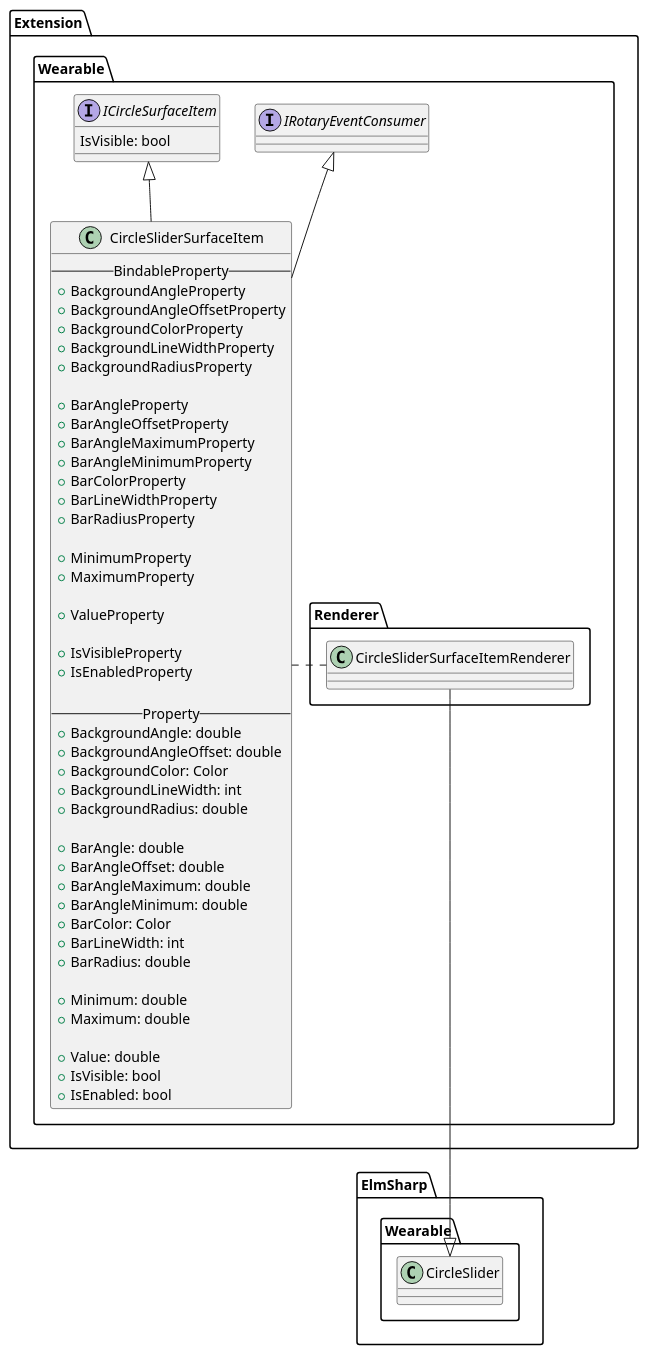
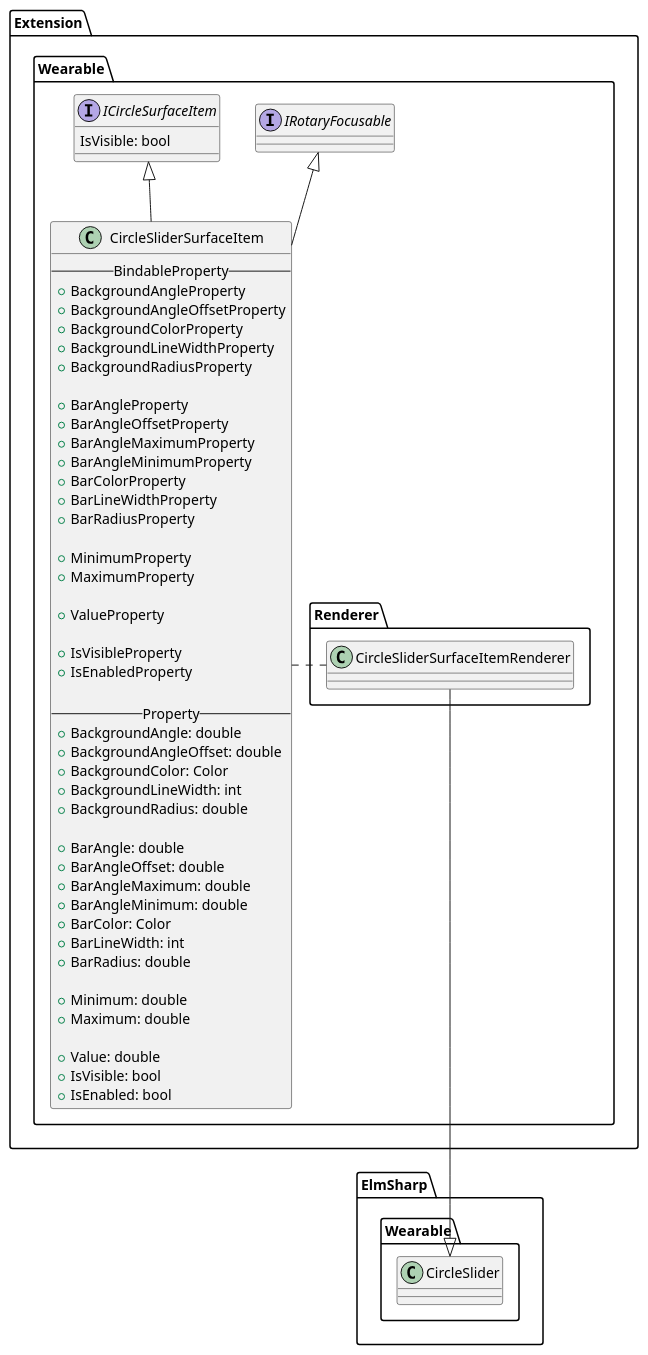
The tenth of 15 diagrams in doc/design/uml/CirclePage.wsd (Samsung/Tizen.CircularUI), drawn with PlantUML before and after one commit. The commit also changed other lines of this file and 36 other files, not shown here.

```diff
--- a/doc/design/uml/CirclePage.wsd
+++ b/doc/design/uml/CirclePage.wsd
@@ -286,70 +273,70 @@
 @startuml CircleSliderSurfaceItem.png
 
 package "Extension.Wearable" {
-    interface IRotaryEventConsumer
+    interface IRotaryFocusable
     interface ICircleSurfaceItem {
         IsVisible: bool
     }
     class CircleSliderSurfaceItem {
         --BindableProperty--
         +BackgroundAngleProperty
         +BackgroundAngleOffsetProperty
         +BackgroundColorProperty
         +BackgroundLineWidthProperty
         +BackgroundRadiusProperty
 
         +BarAngleProperty
         +BarAngleOffsetProperty
         +BarAngleMaximumProperty
         +BarAngleMinimumProperty
         +BarColorProperty
         +BarLineWidthProperty
         +BarRadiusProperty
 
         +MinimumProperty
         +MaximumProperty
 
         +ValueProperty
 
         +IsVisibleProperty
         +IsEnabledProperty
 
         --Property--
         +BackgroundAngle: double
         +BackgroundAngleOffset: double
         +BackgroundColor: Color
         +BackgroundLineWidth: int
         +BackgroundRadius: double
 
         +BarAngle: double
         +BarAngleOffset: double
         +BarAngleMaximum: double
         +BarAngleMinimum: double
         +BarColor: Color
         +BarLineWidth: int
         +BarRadius: double
 
         +Minimum: double
         +Maximum: double
 
         +Value: double
         +IsVisible: bool
         +IsEnabled: bool
     }
 
     CircleSliderSurfaceItem -u-|> ICircleSurfaceItem
-    CircleSliderSurfaceItem -u-|> IRotaryEventConsumer
+    CircleSliderSurfaceItem -u-|> IRotaryFocusable
 }
 
 package "Extension.Wearable.Renderer" {
     class CircleSliderSurfaceItemRenderer
 
     CircleSliderSurfaceItemRenderer .l. CircleSliderSurfaceItem
 }
 
 package "ElmSharp.Wearable" {
     class CircleSlider
 
     CircleSlider <|-u- CircleSliderSurfaceItemRenderer
 }
 @enduml
```
